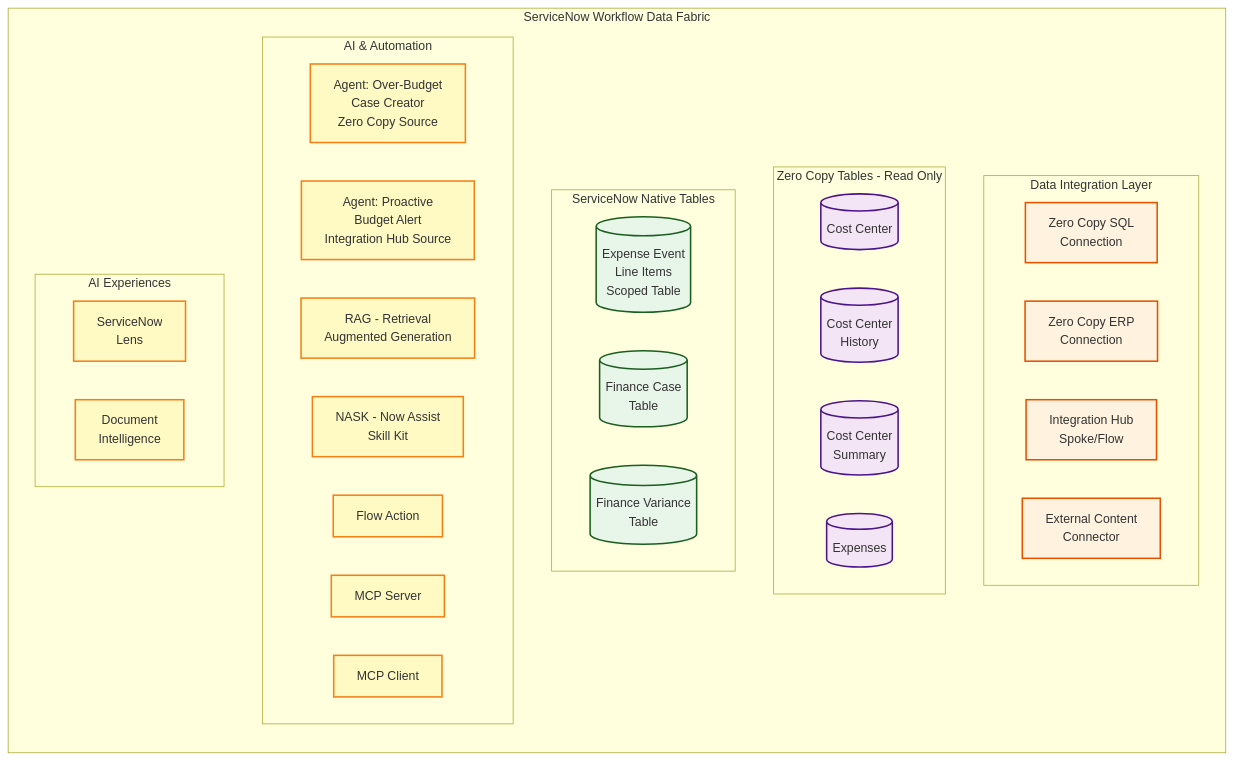
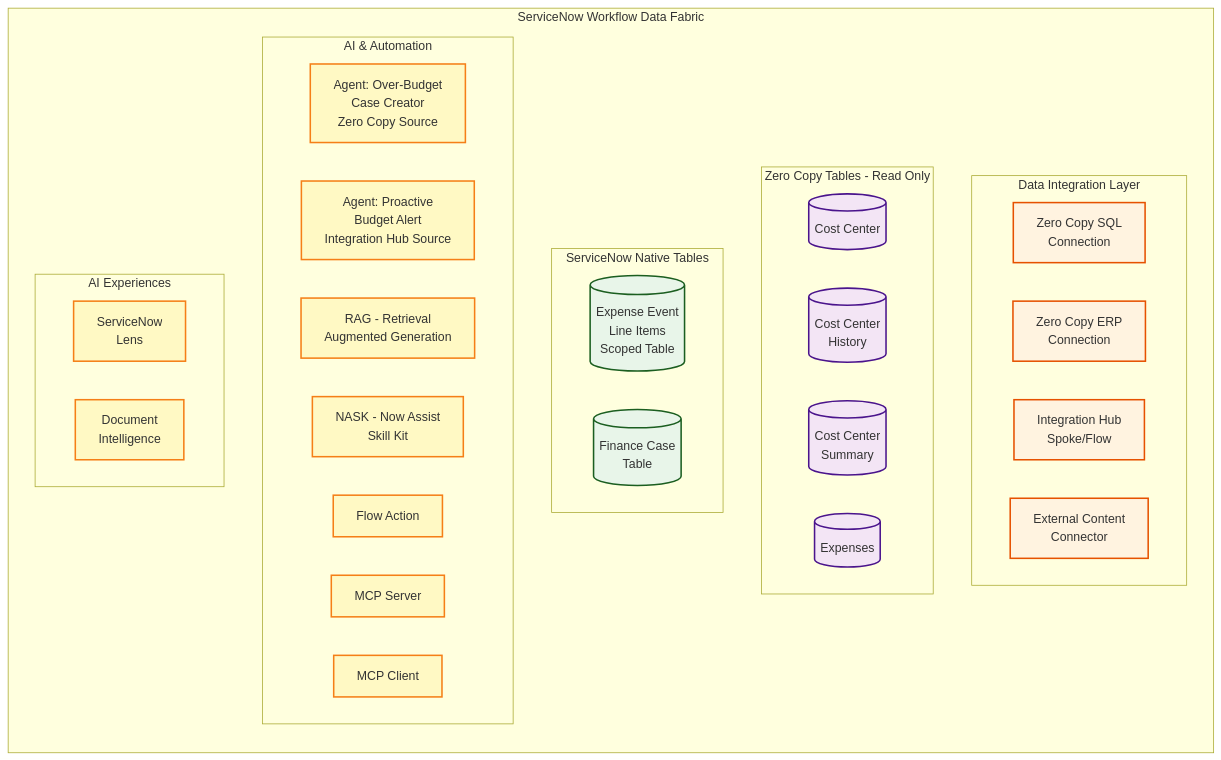
Before and after one commit to leojacinto/WorkflowDataFabric-TypeA: the third of 4 diagrams in 0_WDF_Diagrams.md, drawn with Mermaid. The commit also changed other lines of this file, not shown here.

````diff
--- a/0_WDF_Diagrams.md
+++ b/0_WDF_Diagrams.md
@@ -74,55 +74,54 @@
 ```mermaid
 graph LR
     subgraph "ServiceNow Workflow Data Fabric"
         subgraph "Data Integration Layer"
             ZeroCopySQL[Zero Copy SQL<br/>Connection]
             ZeroCopyERP[Zero Copy ERP<br/>Connection]
             IntHub[Integration Hub<br/>Spoke/Flow]
             ExtContent[External Content<br/>Connector]
         end
 
         subgraph "Zero Copy Tables - Read Only"
             ZCCC[(Cost Center)]
             ZCCH[(Cost Center</br>History)]
             ZCCS[(Cost Center</br>Summary)]
             ZCExp[(Expenses)]
         end
 
         subgraph "ServiceNow Native Tables"
             ExpenseTable[(Expense Event<br/>Line Items<br/>Scoped Table)]
             FinCase[(Finance Case<br/>Table)]
-            FinVar[(Finance Variance<br/>Table)]
         end
 
 
         subgraph "AI & Automation"
             Agent1[Agent: Over-Budget<br/>Case Creator<br/>Zero Copy Source]
             Agent2[Agent: Proactive<br/>Budget Alert<br/>Integration Hub Source]
             RAG[RAG - Retrieval<br/>Augmented Generation]
             NASK[NASK - Now Assist<br/>Skill Kit]
             FlowAction[Flow Action]
             MCP[MCP Server]
             MCPC[MCP Client]
         end
 
         subgraph "AI Experiences"
             Lens["ServiceNow</br>Lens"]
             DocIntel["Document</br>Intelligence"]
         end
     end
 
     %% Styling
     classDef external fill:#e1f5ff,stroke:#01579b,stroke-width:2px
     classDef integration fill:#fff3e0,stroke:#e65100,stroke-width:2px
     classDef zeroCopy fill:#f3e5f5,stroke:#4a148c,stroke-width:2px
     classDef native fill:#e8f5e9,stroke:#1b5e20,stroke-width:2px
     classDef ai fill:#fff9c4,stroke:#f57f17,stroke-width:2px
     classDef user fill:#e3f2fd,stroke:#1565c0,stroke-width:3px
 
     class ERP,ExpenseAPI,SharePoint,CDW external
     class ZeroCopySQL,ZeroCopyERP,IntHub,ExtContent integration
     class ZCCC,ZCCH,ZCCS,ZCExp zeroCopy
     class ExpenseTable,FinCase,FinVar native
     class Agent1,Agent2,RAG,NASK,FlowAction,MCP,MCPC,GGraph,NLQuery,Lens,DocIntel ai
     class Employee,EC,ControlTower,ClaudeDesktop user
 ```
````
